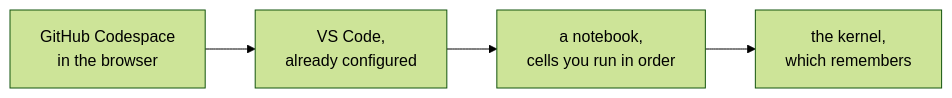
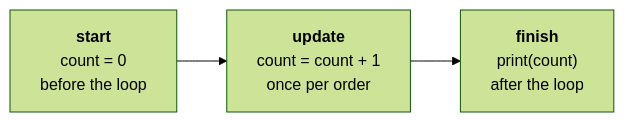
Before and after one commit to fde-academy-lab/c2-content-factory: the seventh of 7 diagrams in content/W01/D1/slides/C2_W01_D01_half1_STUDENT.md, drawn with Mermaid (forest theme). The commit also changed other lines of this file and 3 other files, not shown here.

````diff
--- a/content/W01/D1/slides/C2_W01_D01_half1_STUDENT.md
+++ b/content/W01/D1/slides/C2_W01_D01_half1_STUDENT.md
@@ -152,6 +534,4 @@
 ```mermaid
 flowchart LR
-    G["GitHub Codespace<br/>in the browser"] --> V["VS Code,<br/>already configured"]
-    V --> N["a notebook,<br/>cells you run in order"]
-    N --> K["the kernel,<br/>which remembers"]
+    S["<b>start</b><br/>count = 0<br/>before the loop"] --> U["<b>update</b><br/>count = count + 1<br/>once per order"] --> F["<b>finish</b><br/>print(count)<br/>after the loop"]
 ```
````
